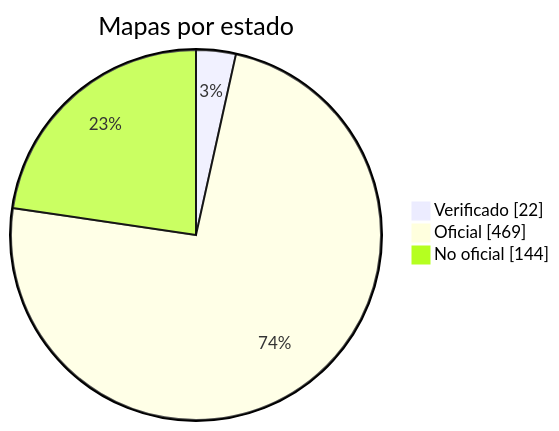
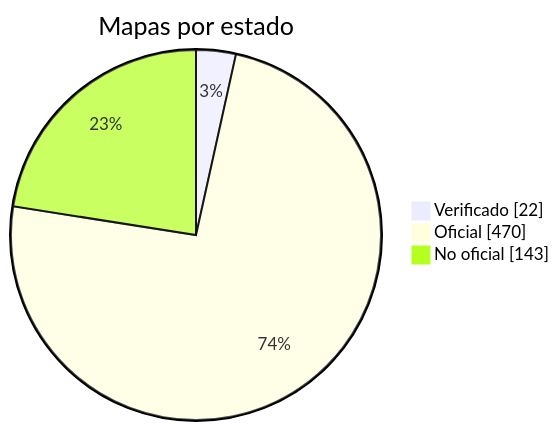
One commit to nobrega8/mbmap-library changed the diagram in docs/readme/README_ES.md. Above: the diagram before and after it, drawn with Mermaid. The commit also changed 6 other files, not shown here.

````diff
--- a/docs/readme/README_ES.md
+++ b/docs/readme/README_ES.md
@@ -54,7 +54,7 @@
 ```mermaid
 pie showData
     title Mapas por estado
     "Verificado" : 22
-    "Oficial" : 469
-    "No oficial" : 144
+    "Oficial" : 470
+    "No oficial" : 143
 ```
````
